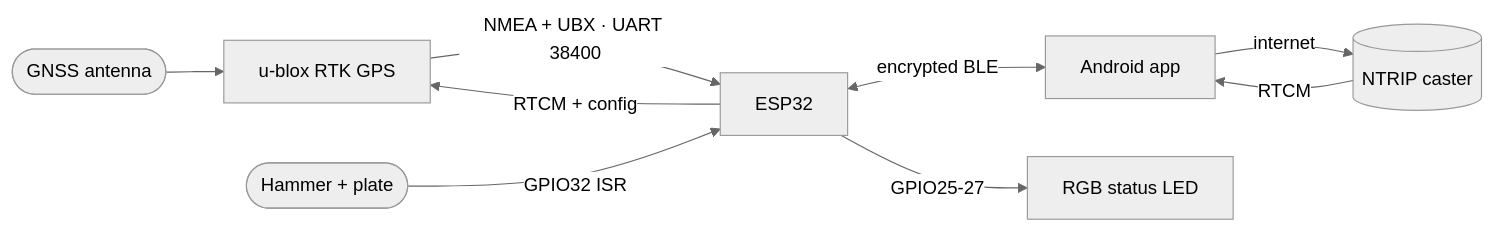
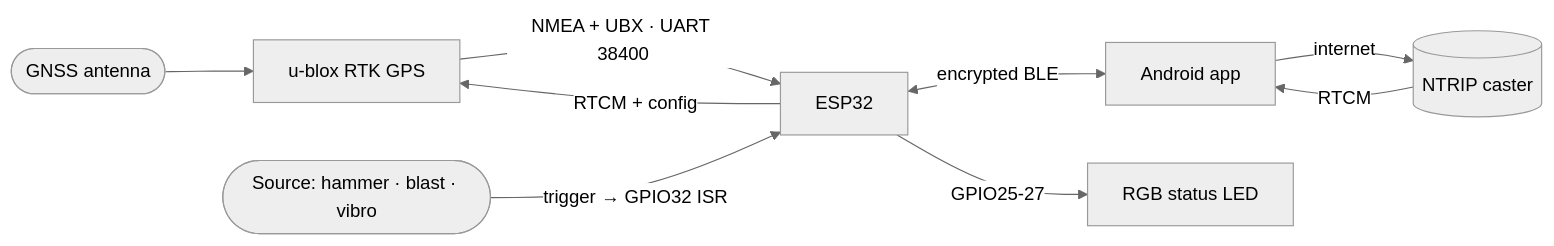
Before and after one commit to m0shiko8811-beep/SmartSeismicSystem: the first of 2 diagrams in README.md, drawn with Mermaid (neutral theme). The commit also changed other lines of this file, not shown here.

Commit message:
docs: reposition as multipurpose survey + universal source trigger; expand roadmap

````diff
--- a/README.md
+++ b/README.md
@@ -46,11 +60,11 @@
 ```mermaid
 flowchart LR
   ANT([GNSS antenna]) --> GPS[u-blox RTK GPS]
   GPS -->|"NMEA + UBX · UART 38400"| ESP[ESP32]
   ESP -->|"RTCM + config"| GPS
-  HAMMER([Hammer + plate]) -->|"GPIO32 ISR"| ESP
+  SRC([Source: hammer · blast · vibro]) -->|"trigger → GPIO32 ISR"| ESP
   ESP <-->|"encrypted BLE"| PHONE[Android app]
   PHONE -->|"internet"| NTRIP[(NTRIP caster)]
   NTRIP -->|"RTCM"| PHONE
   ESP -->|"GPIO25-27"| LED[RGB status LED]
 ```
````
